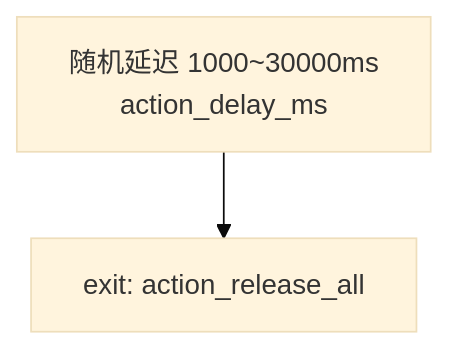
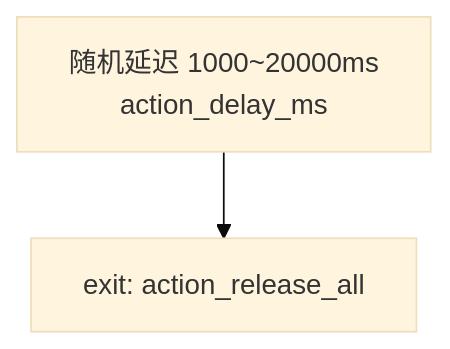
The sixth of 6 diagrams in 程序逻辑说明.md (cr3hf/ESP32_WEB_BLE_Keyboard-mouse), drawn with Mermaid (base theme) before and after one commit. The commit also changed other lines of this file and 7 other files, not shown here.

````diff
--- a/程序逻辑说明.md
+++ b/程序逻辑说明.md
@@ -214,4 +226,4 @@
 ```mermaid
 flowchart TD
-    A[随机延迟 1000~30000ms<br/>action_delay_ms] --> B[exit: action_release_all]
+    A[随机延迟 1000~20000ms<br/>action_delay_ms] --> B[exit: action_release_all]
 ```
````
